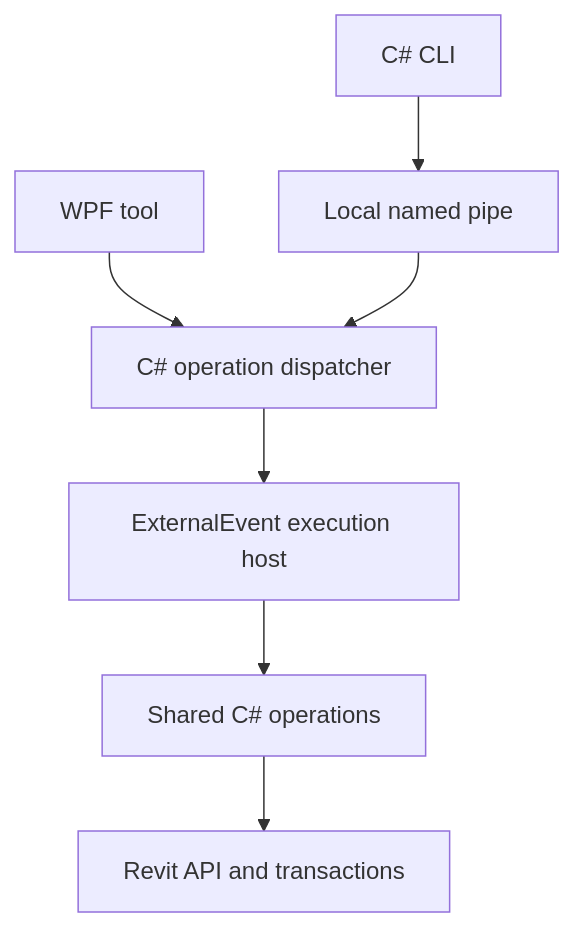
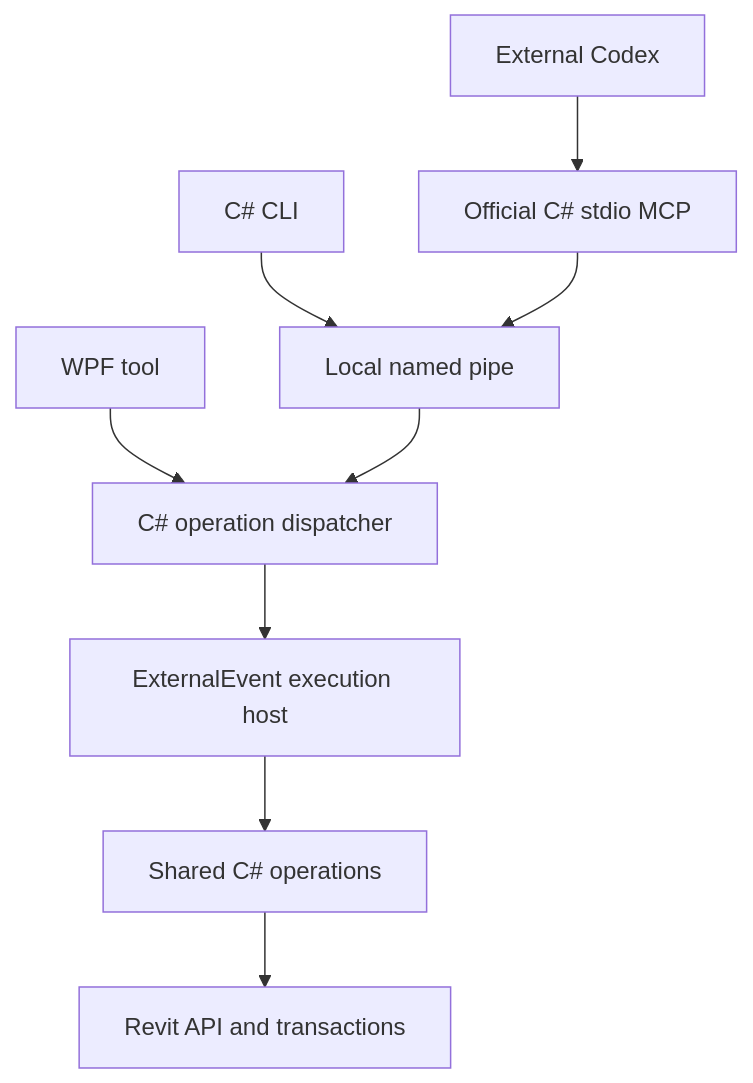
One commit to scwlkr/RevitThyme changed the diagram in README.md. Above: the diagram before and after it, drawn with Mermaid. The commit also changed other lines of this file and 53 other files, not shown here.

Commit message:
WLK-245 Complete C# MCP stage with native Codex qualification

````diff
--- a/README.md
+++ b/README.md
@@ -27,9 +27,11 @@
 ```mermaid
 flowchart TD
     WPF[WPF tool] --> Core[C# operation dispatcher]
     CLI[C# CLI] --> Bridge[Local named pipe]
+    MCP[Official C# stdio MCP] --> Bridge
+    Codex[External Codex] --> MCP
     Bridge --> Core
     Core --> Host[ExternalEvent execution host]
     Host --> Operations[Shared C# operations]
     Operations --> Revit[Revit API and transactions]
 ```
````
